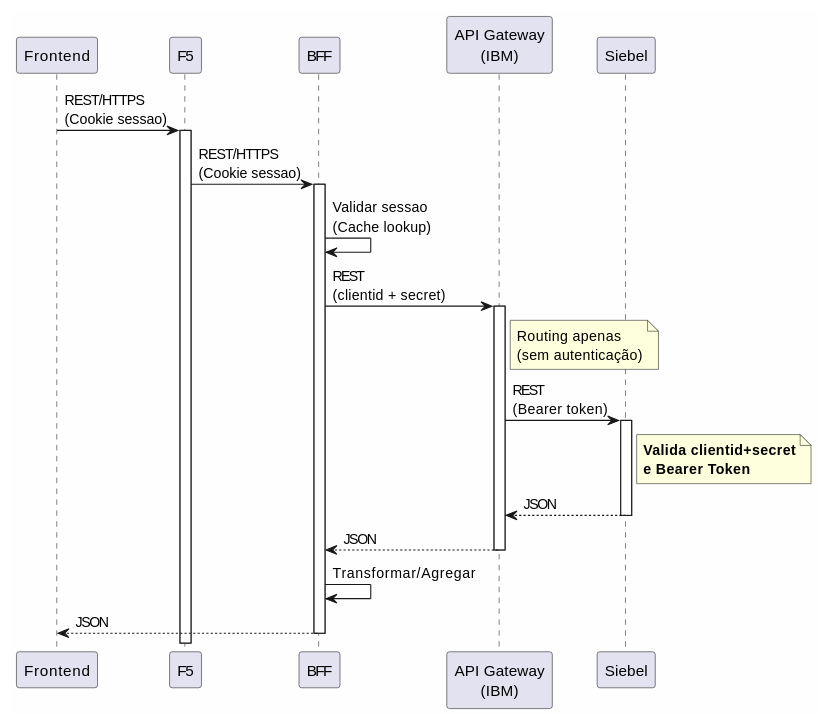
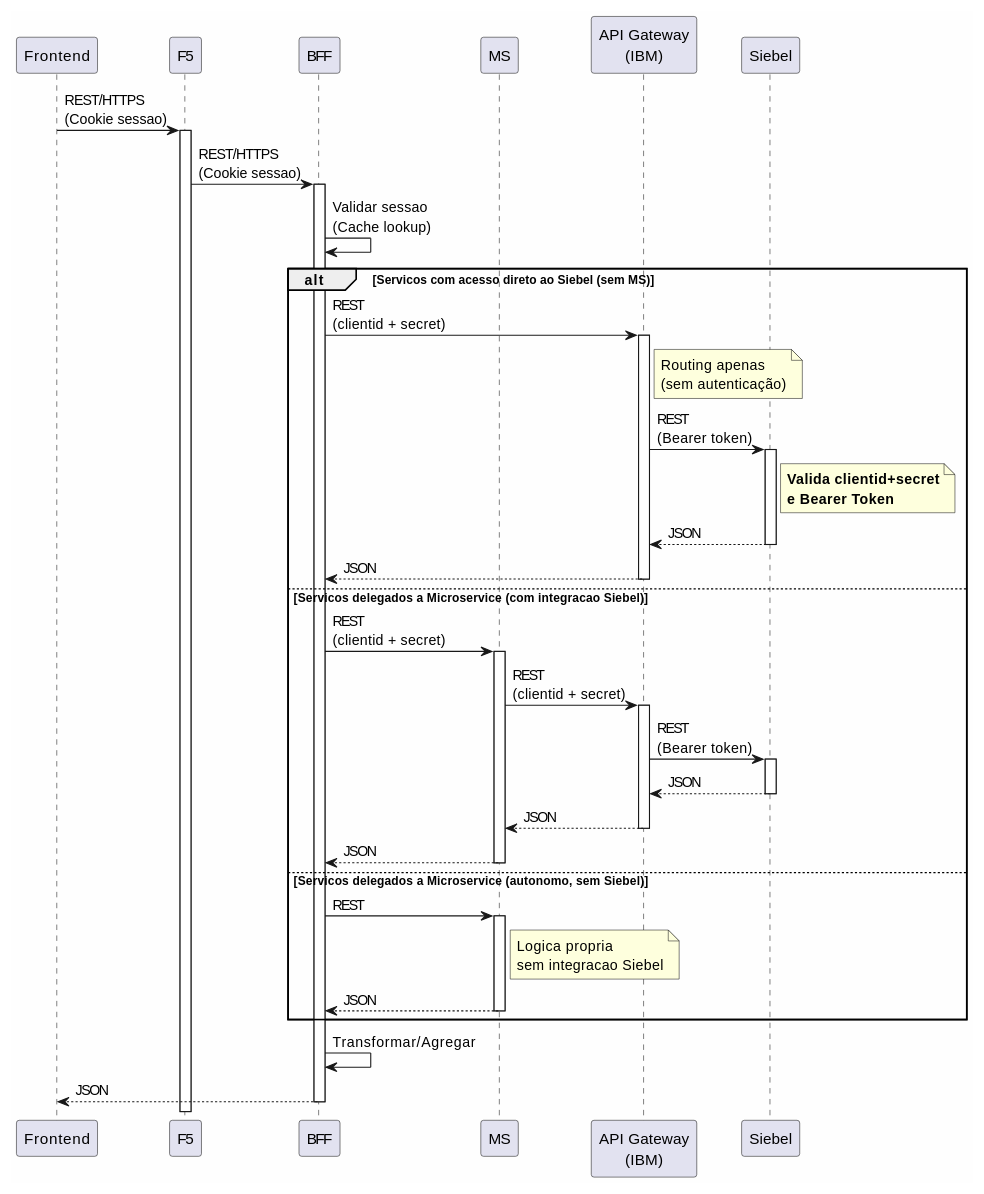
One commit to beduardo/novobanco_website_doc changed the second of 2 diagrams in project/sections/SEC-05-arquitetura-backend-servicos.md. Above: the diagram before and after it, drawn with PlantUML. The commit also changed other lines of this file and 35 other files, not shown here.

````diff
--- a/project/sections/SEC-05-arquitetura-backend-servicos.md
+++ b/project/sections/SEC-05-arquitetura-backend-servicos.md
@@ -149,37 +150,69 @@
 ```plantuml
 @startuml
 skinparam backgroundColor #FEFEFE
 
 participant "Frontend" as FE
 participant "F5" as F5
 participant "BFF" as BFF
+participant "MS" as MS
 participant "API Gateway\n(IBM)" as GW
 participant "Siebel" as SIEBEL
 
 FE -> F5 : REST/HTTPS\n(Cookie sessao)
 activate F5
 
 F5 -> BFF : REST/HTTPS\n(Cookie sessao)
 activate BFF
 
 BFF -> BFF : Validar sessao\n(Cache lookup)
-BFF -> GW : REST\n(clientid + secret)
-activate GW
-note right of GW: Routing apenas\n(sem autenticação)
 
-GW -> SIEBEL : REST\n(Bearer token)
-activate SIEBEL
-note right of SIEBEL: **Valida clientid+secret**\n**e Bearer Token**
+alt Servicos com acesso direto ao Siebel (sem MS)
+    BFF -> GW : REST\n(clientid + secret)
+    activate GW
+    note right of GW: Routing apenas\n(sem autenticação)
 
-SIEBEL --> GW : JSON
-deactivate SIEBEL
+    GW -> SIEBEL : REST\n(Bearer token)
+    activate SIEBEL
+    note right of SIEBEL: **Valida clientid+secret**\n**e Bearer Token**
 
-GW --> BFF : JSON
-deactivate GW
+    SIEBEL --> GW : JSON
+    deactivate SIEBEL
+
+    GW --> BFF : JSON
+    deactivate GW
+
+else Servicos delegados a Microservice (com integracao Siebel)
+    BFF -> MS : REST\n(clientid + secret)
+    activate MS
+
+    MS -> GW : REST\n(clientid + secret)
+    activate GW
+
+    GW -> SIEBEL : REST\n(Bearer token)
+    activate SIEBEL
+
+    SIEBEL --> GW : JSON
+    deactivate SIEBEL
+
+    GW --> MS : JSON
+    deactivate GW
+
+    MS --> BFF : JSON
+    deactivate MS
+
+else Servicos delegados a Microservice (autonomo, sem Siebel)
+    BFF -> MS : REST
+    activate MS
+    note right of MS: Logica propria\nsem integracao Siebel
+
+    MS --> BFF : JSON
+    deactivate MS
+
+end
 
 BFF -> BFF : Transformar/Agregar
 BFF --> FE : JSON
 deactivate BFF
 
 @enduml
 ```
````
